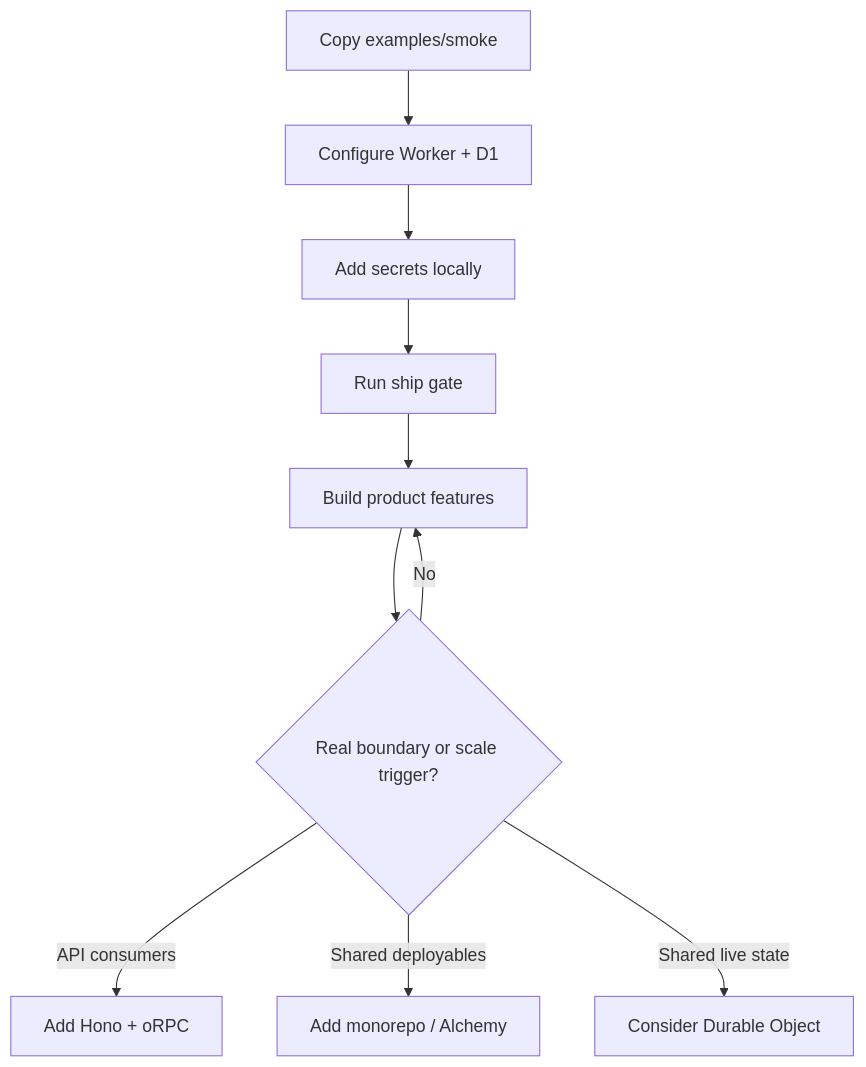
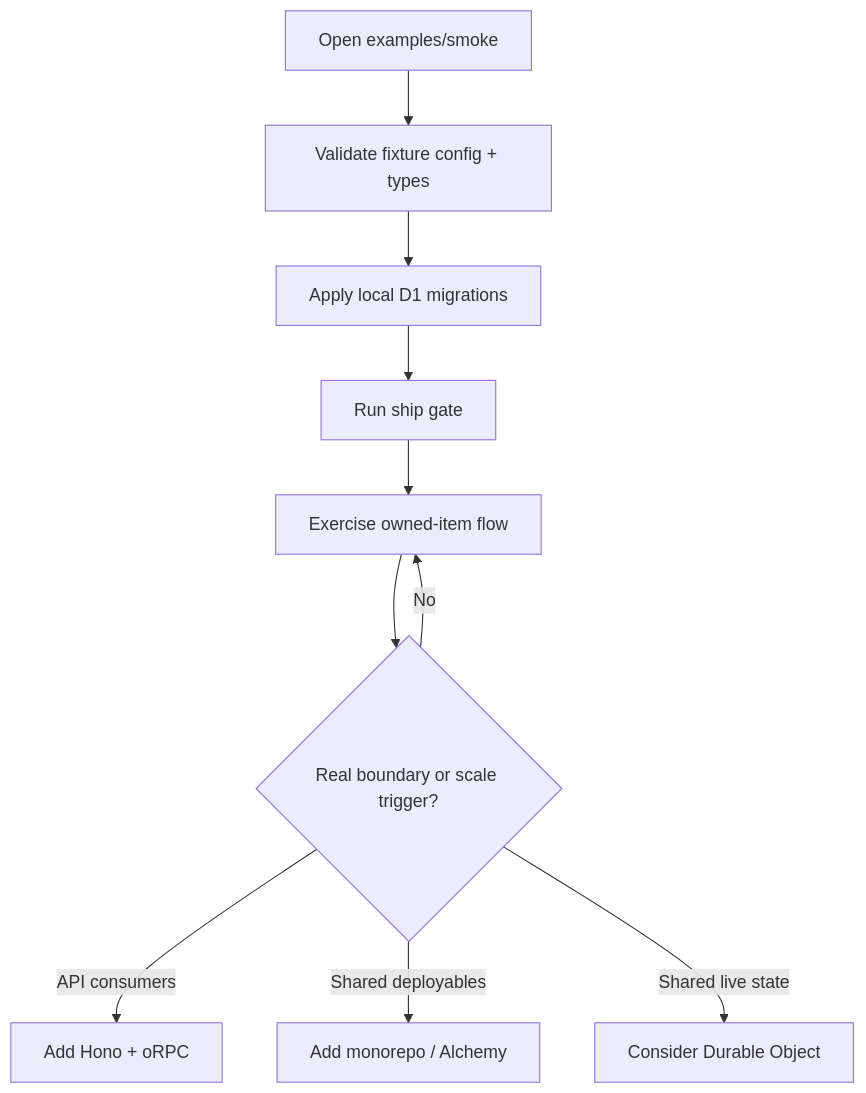
One commit to tristanremy/fenod-tech-stack changed the second of 2 diagrams in README.md. Above: the diagram before and after it, drawn with Mermaid. The commit also changed other lines of this file and 21 other files, not shown here.

Commit message:
feat(smoke): add fixture-only varlock configuration

````diff
--- a/README.md
+++ b/README.md
@@ -66,12 +62,12 @@
 ```mermaid
 flowchart TD
-  A[Copy examples/smoke] --> B[Configure Worker + D1]
-  B --> C[Add secrets locally]
+  A[Open examples/smoke] --> B[Validate fixture config + types]
+  B --> C[Apply local D1 migrations]
   C --> D[Run ship gate]
-  D --> E[Build product features]
+  D --> E[Exercise owned-item flow]
   E --> F{Real boundary or scale trigger?}
   F -- No --> E
   F -- API consumers --> G[Add Hono + oRPC]
   F -- Shared deployables --> H[Add monorepo / Alchemy]
   F -- Shared live state --> I[Consider Durable Object]
 ```
````
